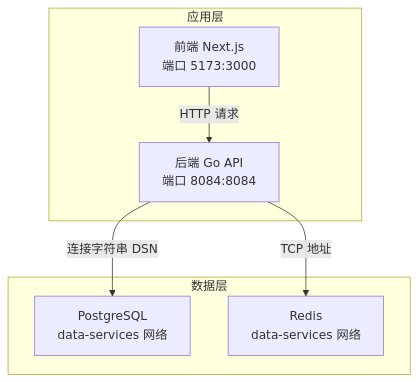
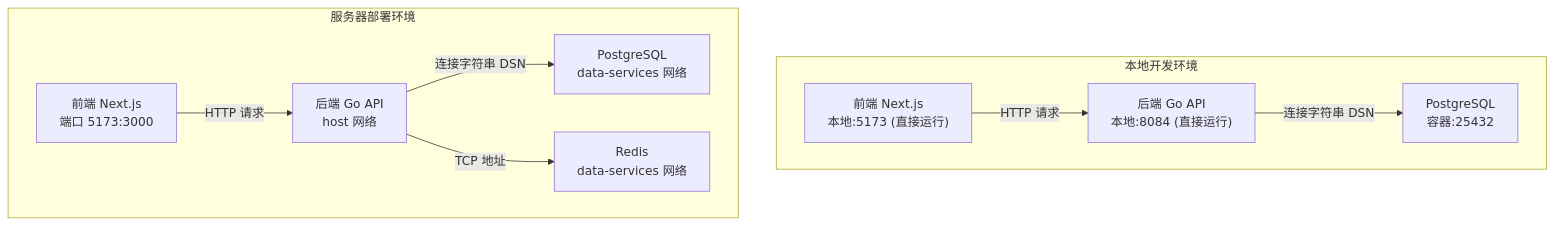
The second of 5 diagrams in .qoder/repowiki/zh/content/部署指南/Docker容器化部署.md (alvinwangzi/goodhr), drawn with Mermaid before and after one commit. The commit also changed other lines of this file and 10 other files, not shown here.

````diff
--- a/.qoder/repowiki/zh/content/部署指南/Docker容器化部署.md
+++ b/.qoder/repowiki/zh/content/部署指南/Docker容器化部署.md
@@ -85,14 +94,19 @@
 ```mermaid
 graph TB
-subgraph "应用层"
-FE["前端 Next.js<br/>端口 5173:3000"]
-BE["后端 Go API<br/>端口 8084:8084"]
+subgraph "本地开发环境"
+FE["前端 Next.js<br/>本地:5173 (直接运行)"]
+BE["后端 Go API<br/>本地:8084 (直接运行)"]
+PG["PostgreSQL<br/>容器:25432"]
 end
-subgraph "数据层"
-PG["PostgreSQL<br/>data-services 网络"]
+subgraph "服务器部署环境"
+FE2["前端 Next.js<br/>端口 5173:3000"]
+BE2["后端 Go API<br/>host 网络"]
+PG2["PostgreSQL<br/>data-services 网络"]
 RD["Redis<br/>data-services 网络"]
 end
 FE --> |"HTTP 请求"| BE
 BE --> |"连接字符串 DSN"| PG
-BE --> |"TCP 地址"| RD
+FE2 --> |"HTTP 请求"| BE2
+BE2 --> |"连接字符串 DSN"| PG2
+BE2 --> |"TCP 地址"| RD
 ```
````
